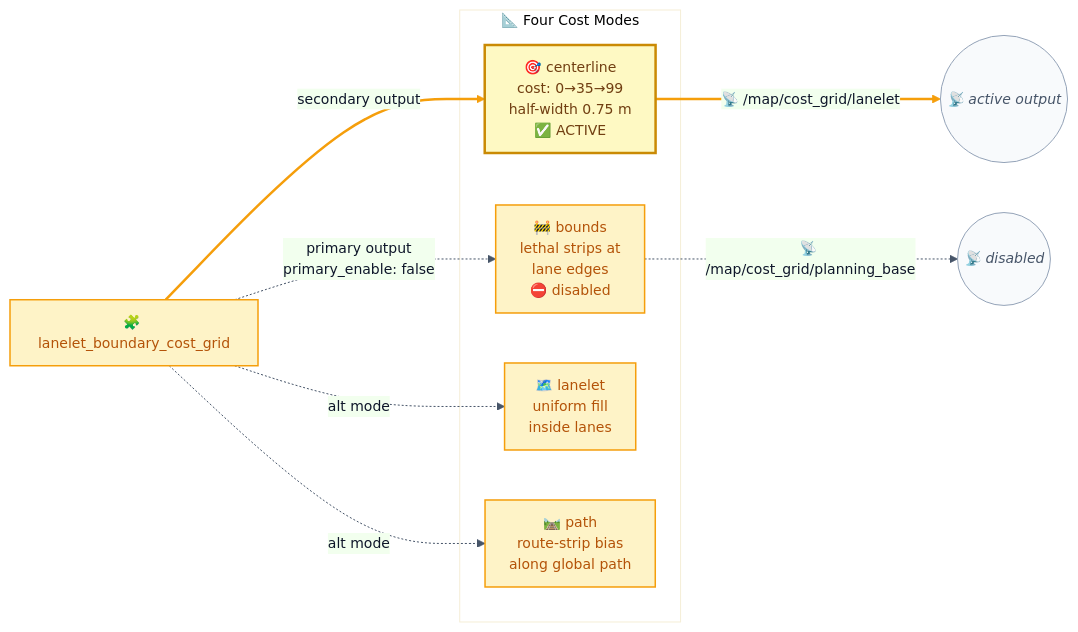
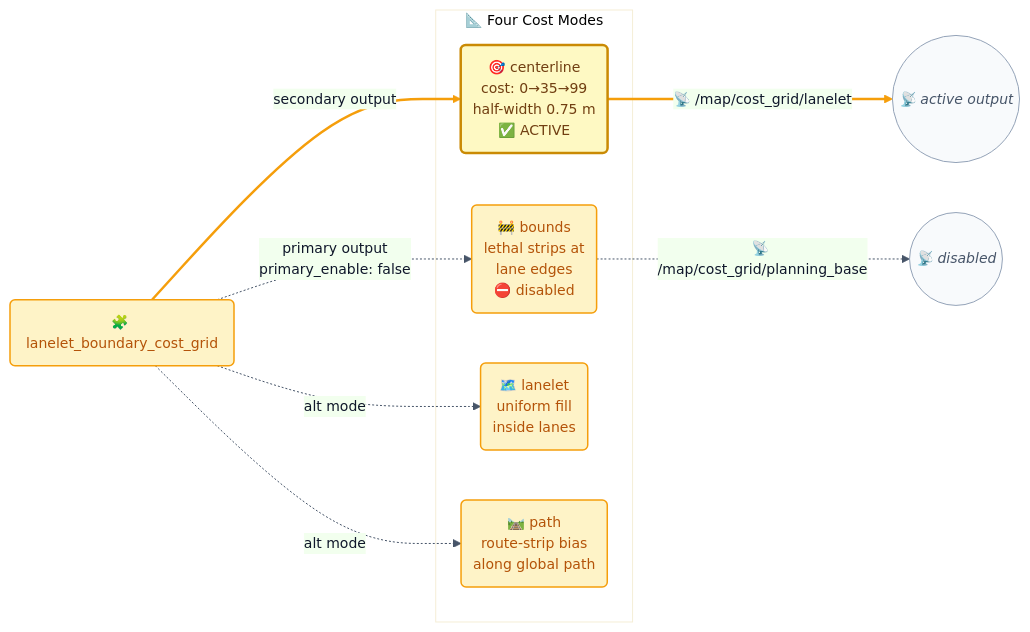
Before and after one commit to hwanhonglee/CAMROD: the third of 3 diagrams in camrod_map/README.md, drawn with Mermaid. The commit also changed other lines of this file and 12 other files, not shown here.

First line of the commit message:
docs(v4): unified Mermaid shape convention + runtime data flow diagram

````diff
--- a/camrod_map/README.md
+++ b/camrod_map/README.md
@@ -199,36 +199,36 @@
 ```mermaid
 %%{init: {'theme': 'base', 'themeVariables': {'fontFamily': 'ui-sans-serif, system-ui, sans-serif', 'fontSize': '14px', 'primaryColor': '#EEF2FF', 'primaryTextColor': '#0F172A', 'primaryBorderColor': '#6366F1', 'lineColor': '#475569'}, 'flowchart': {'curve': 'basis', 'htmlLabels': true, 'padding': 12}}}%%
 graph LR
   classDef sensing      fill:#ECFEFF,stroke:#06B6D4,stroke-width:1.5px,color:#0E7490;
   classDef localization fill:#ECFDF5,stroke:#10B981,stroke-width:1.5px,color:#047857;
   classDef mapping      fill:#FEF3C7,stroke:#F59E0B,stroke-width:1.5px,color:#B45309;
   classDef perception   fill:#FCE7F3,stroke:#EC4899,stroke-width:1.5px,color:#9D174D;
   classDef planning     fill:#EEF2FF,stroke:#6366F1,stroke-width:1.5px,color:#4338CA;
   classDef platform     fill:#FEE2E2,stroke:#EF4444,stroke-width:1.5px,color:#B91C1C;
   classDef parking      fill:#F5F3FF,stroke:#8B5CF6,stroke-width:1.5px,color:#6D28D9;
   classDef system       fill:#F1F5F9,stroke:#64748B,stroke-width:1.5px,color:#334155;
   classDef ui           fill:#FFF7ED,stroke:#F97316,stroke-width:1.5px,color:#C2410C;
   classDef topic        fill:#F8FAFC,stroke:#94A3B8,stroke-width:1px,color:#475569,font-style:italic;
   classDef config       fill:#FFFBEB,stroke:#D97706,stroke-width:1.5px,color:#92400E;
   classDef hardware     fill:#FAFAFA,stroke:#6B7280,stroke-width:1.5px,color:#374151;
   classDef highlight    fill:#FEF9C3,stroke:#CA8A04,stroke-width:2.5px,color:#713F12;
 
-  NODE[🧩 lanelet_boundary_cost_grid]:::mapping
+  NODE(🧩 lanelet_boundary_cost_grid):::mapping
 
   subgraph MODES["📐 Four Cost Modes"]
-    CL["🎯 centerline\ncost: 0→35→99\nhalf-width 0.75 m\n✅ ACTIVE"]:::highlight
-    BD["🚧 bounds\nlethal strips at\nlane edges\n⛔ disabled"]:::mapping
-    LL["🗺️ lanelet\nuniform fill\ninside lanes"]:::mapping
-    PT["🛤️ path\nroute-strip bias\nalong global path"]:::mapping
+    CL("🎯 centerline\ncost: 0→35→99\nhalf-width 0.75 m\n✅ ACTIVE"):::highlight
+    BD("🚧 bounds\nlethal strips at\nlane edges\n⛔ disabled"):::mapping
+    LL("🗺️ lanelet\nuniform fill\ninside lanes"):::mapping
+    PT("🛤️ path\nroute-strip bias\nalong global path"):::mapping
   end
 
   NODE ==>|secondary output| CL
   NODE -.->|primary output\nprimary_enable: false| BD
   NODE -.->|alt mode| LL
   NODE -.->|alt mode| PT
 
   CL ==>|📡 /map/cost_grid/lanelet| OUT1((📡 active output)):::topic
   BD -.->|📡 /map/cost_grid/planning_base| OUT2((📡 disabled)):::topic
 
   linkStyle 0,4 stroke:#F59E0B,stroke-width:2.5px;
 ```
````
